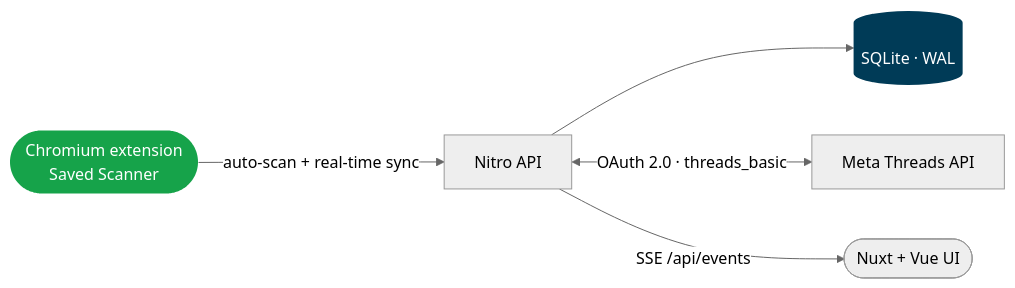
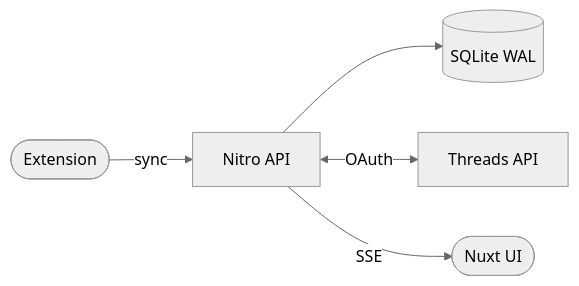
Before and after one commit to yesterdaygrace/yesterdaygrace: the first of 5 diagrams in README.md, drawn with Mermaid (neutral theme). The commit also changed other lines of this file, not shown here.

````diff
--- a/README.md
+++ b/README.md
@@ -140,9 +81,6 @@
 ```mermaid
 flowchart LR
-    X([Chromium extension<br/>Saved Scanner]) -->|auto-scan + real-time sync| N[Nitro API]
-    N --> S[(SQLite · WAL)]
-    N <-->|OAuth 2.0 · threads_basic| M[Meta Threads API]
-    N -- SSE /api/events --> U([Nuxt + Vue UI])
-    style X fill:#16a34a,color:#fff,stroke:none
-    style S fill:#003B57,color:#fff,stroke:none
+    X([Extension]) -->|sync| N[Nitro API] --> S[(SQLite WAL)]
+    N <-->|OAuth| M[Threads API]
+    N -- SSE --> U([Nuxt UI])
 ```
````
